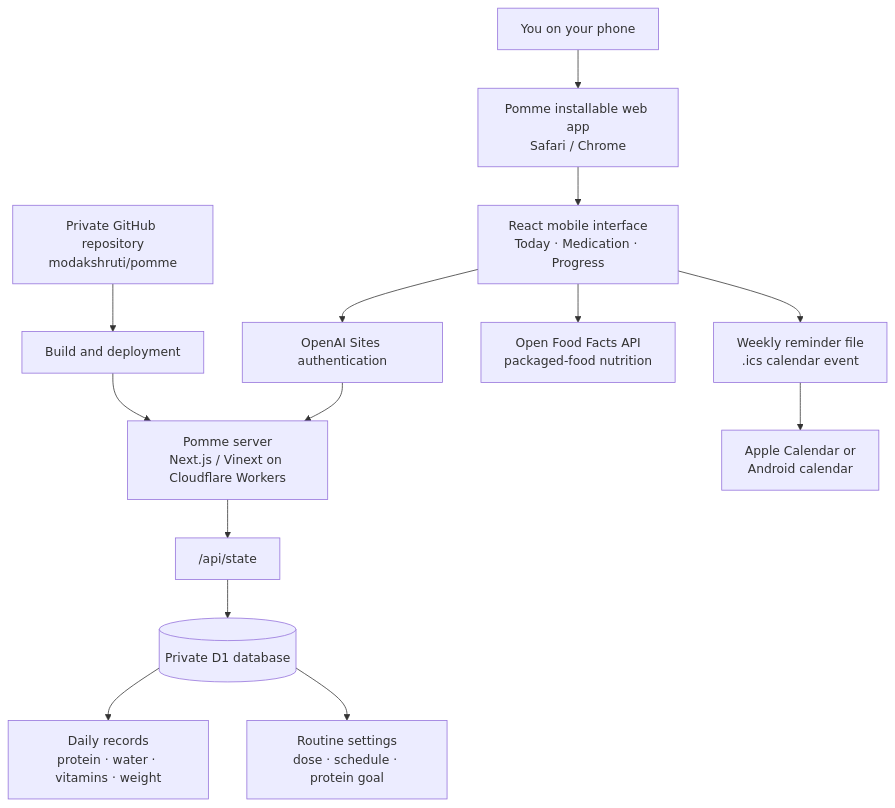
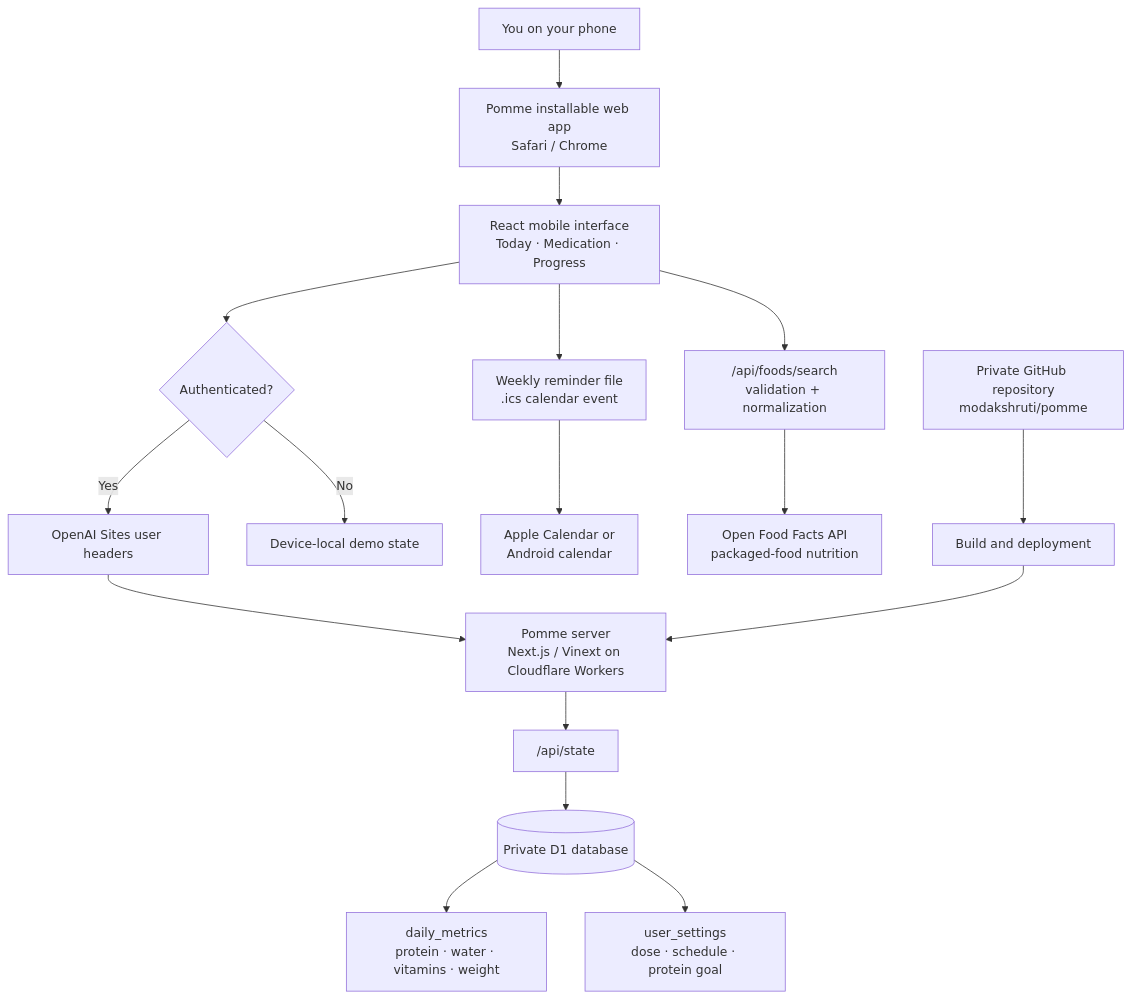
The first of 2 diagrams in README.md (modakshruti/pomme), drawn with Mermaid before and after one commit. The commit also changed other lines of this file and 22 other files, not shown here.

````diff
--- a/README.md
+++ b/README.md
@@ -23,21 +26,24 @@
 ```mermaid
 flowchart TD
     U["You on your phone"] --> PWA["Pomme installable web app<br/>Safari / Chrome"]
     PWA --> UI["React mobile interface<br/>Today · Medication · Progress"]
 
-    UI --> AUTH["OpenAI Sites authentication"]
+    UI --> MODE{"Authenticated?"}
+    MODE -->|Yes| AUTH["OpenAI Sites user headers"]
+    MODE -->|No| LOCAL["Device-local demo state"]
     AUTH --> API["Pomme server<br/>Next.js / Vinext on Cloudflare Workers"]
 
     API --> STATE["/api/state"]
     STATE --> DB[("Private D1 database")]
 
     UI --> CAL["Weekly reminder file<br/>.ics calendar event"]
     CAL --> PHONE["Apple Calendar or<br/>Android calendar"]
-    UI --> OFF["Open Food Facts API<br/>packaged-food nutrition"]
+    UI --> FOOD["/api/foods/search<br/>validation + normalization"]
+    FOOD --> OFF["Open Food Facts API<br/>packaged-food nutrition"]
 
-    DB --> DAILY["Daily records<br/>protein · water · vitamins · weight"]
-    DB --> SETTINGS["Routine settings<br/>dose · schedule · protein goal"]
+    DB --> DAILY["daily_metrics<br/>protein · water · vitamins · weight"]
+    DB --> SETTINGS["user_settings<br/>dose · schedule · protein goal"]
 
     GH["Private GitHub repository<br/>modakshruti/pomme"] --> BUILD["Build and deployment"]
     BUILD --> API
 ```
````
